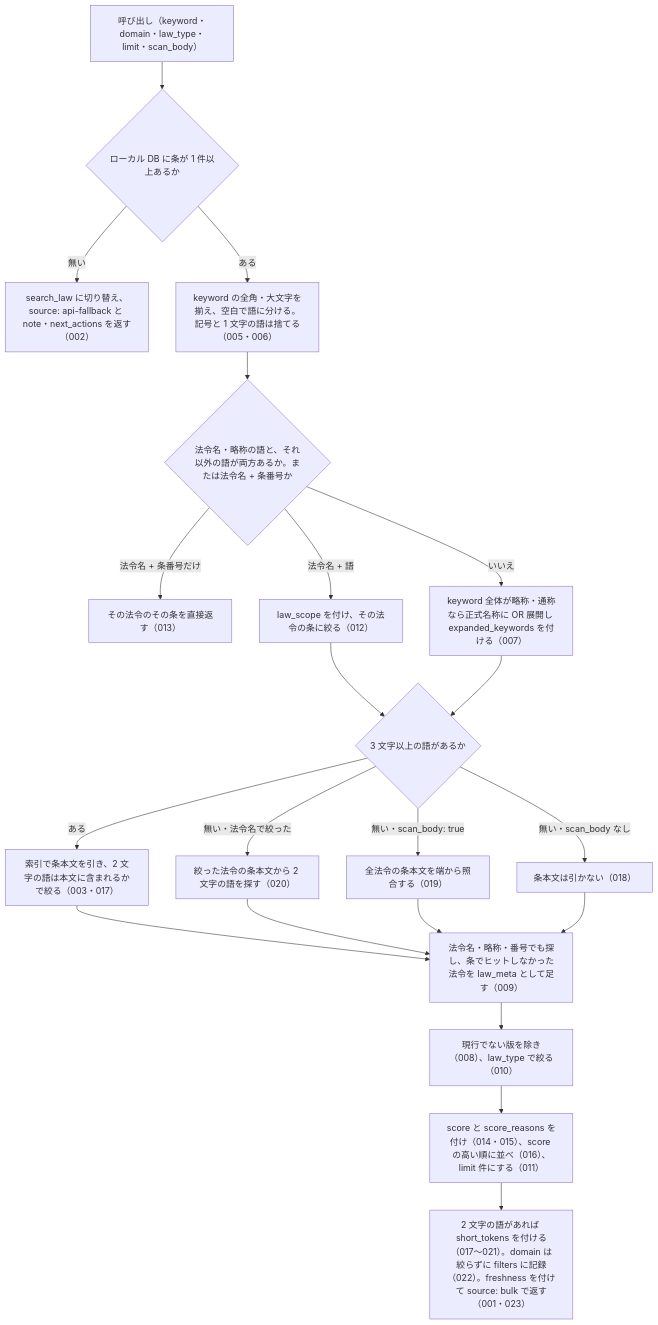
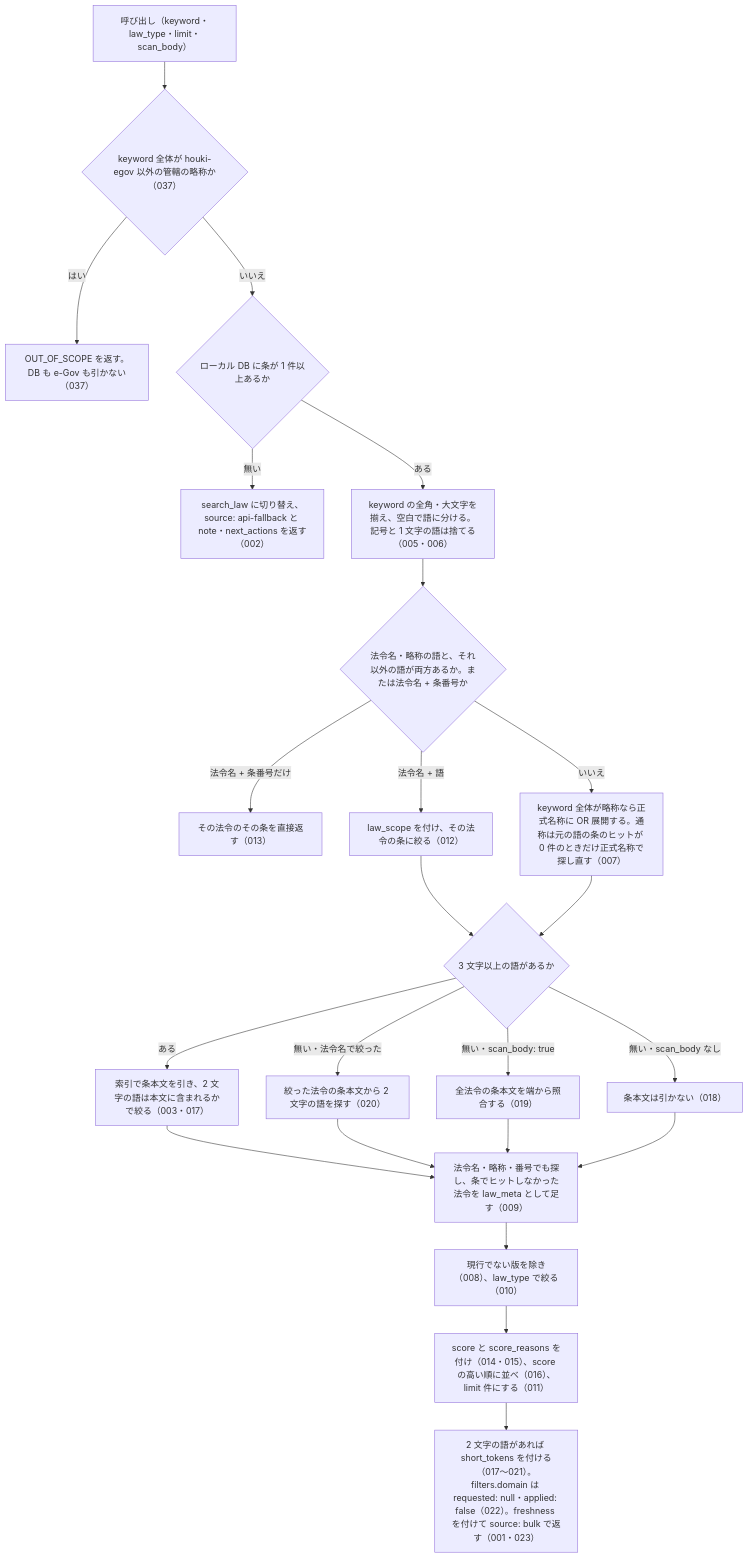
One commit to shuji-bonji/houki-egov-mcp changed the diagram in specs/current/search_fulltext/spec.md. Above: the diagram before and after it, drawn with Mermaid. The commit also changed other lines of this file and 35 other files, not shown here.

````diff
--- a/specs/current/search_fulltext/spec.md
+++ b/specs/current/search_fulltext/spec.md
@@ -30,23 +29,25 @@
 ```mermaid
 flowchart TD
-  A["呼び出し（keyword・domain・law_type・limit・scan_body）"] --> B{"ローカル DB に条が 1 件以上あるか"}
+  A["呼び出し（keyword・law_type・limit・scan_body）"] --> O{"keyword 全体が houki-egov 以外の管轄の略称か（037）"}
+  O -- はい --> E0["OUT_OF_SCOPE を返す。DB も e-Gov も引かない（037）"]
+  O -- いいえ --> B{"ローカル DB に条が 1 件以上あるか"}
   B -- 無い --> FB["search_law に切り替え、source: api-fallback と note・next_actions を返す（002）"]
   B -- ある --> C["keyword の全角・大文字を揃え、空白で語に分ける。記号と 1 文字の語は捨てる（005・006）"]
   C --> D{"法令名・略称の語と、それ以外の語が両方あるか。または法令名 + 条番号か"}
   D -- "法令名 + 条番号だけ" --> ART["その法令のその条を直接返す（013）"]
   D -- "法令名 + 語" --> SC["law_scope を付け、その法令の条に絞る（012）"]
-  D -- いいえ --> E["keyword 全体が略称・通称なら正式名称に OR 展開し expanded_keywords を付ける（007）"]
+  D -- いいえ --> E["keyword 全体が略称なら正式名称に OR 展開する。通称は元の語の条のヒットが 0 件のときだけ正式名称で探し直す（007）"]
   SC --> F
   E --> F{"3 文字以上の語があるか"}
   F -- ある --> G["索引で条本文を引き、2 文字の語は本文に含まれるかで絞る（003・017）"]
   F -- "無い・法令名で絞った" --> H["絞った法令の条本文から 2 文字の語を探す（020）"]
   F -- "無い・scan_body: true" --> I["全法令の条本文を端から照合する（019）"]
   F -- "無い・scan_body なし" --> J["条本文は引かない（018）"]
   G --> K["法令名・略称・番号でも探し、条でヒットしなかった法令を law_meta として足す（009）"]
   H --> K
   I --> K
   J --> K
   K --> L["現行でない版を除き（008）、law_type で絞る（010）"]
   L --> M["score と score_reasons を付け（014・015）、score の高い順に並べ（016）、limit 件にする（011）"]
-  M --> N["2 文字の語があれば short_tokens を付ける（017〜021）。domain は絞らずに filters に記録（022）。freshness を付けて source: bulk で返す（001・023）"]
+  M --> N["2 文字の語があれば short_tokens を付ける（017〜021）。filters.domain は requested: null・applied: false（022）。freshness を付けて source: bulk で返す（001・023）"]
 ```
````
